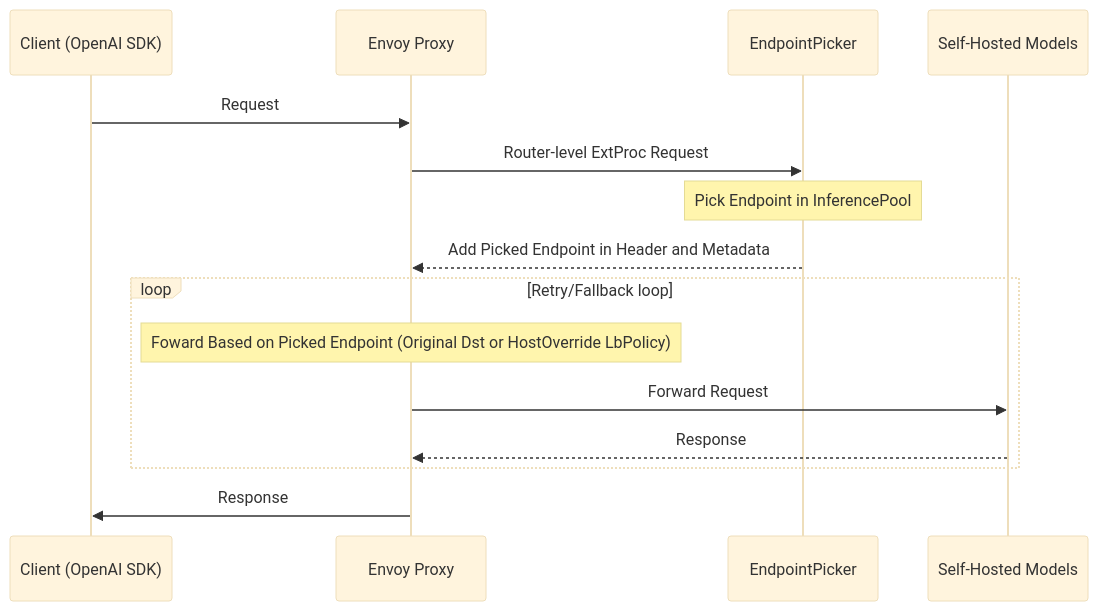
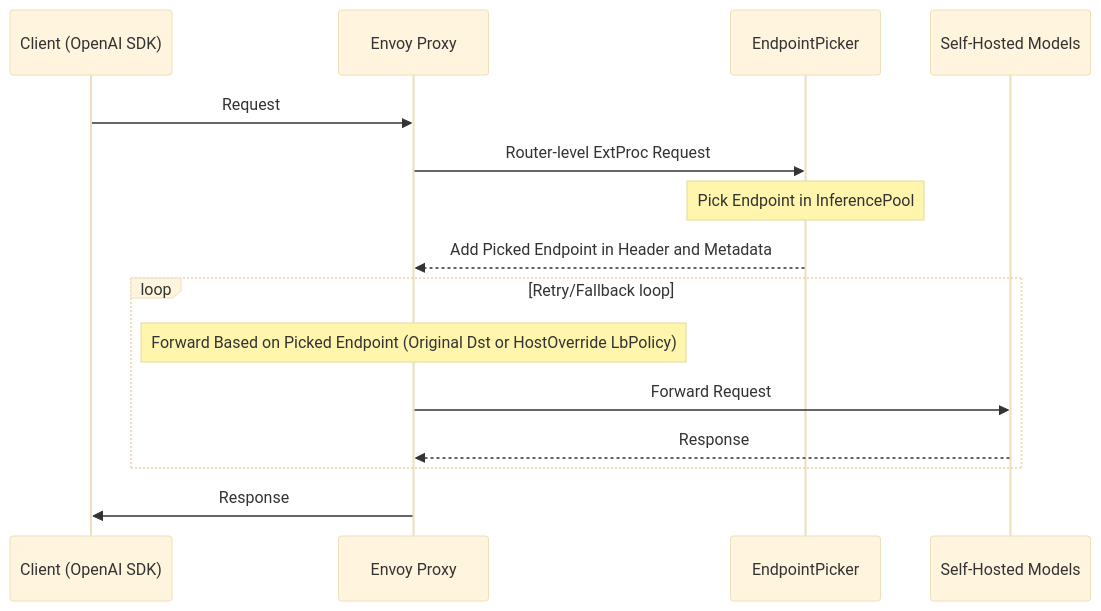
One commit to envoyproxy/ai-gateway changed the fourth of 4 diagrams in docs/proposals/003-epp-integration-proposal/proposal.md. Above: the diagram before and after it, drawn with Mermaid (base theme). The commit also changed other lines of this file, not shown here.

````diff
--- a/docs/proposals/003-epp-integration-proposal/proposal.md
+++ b/docs/proposals/003-epp-integration-proposal/proposal.md
@@ -736,20 +736,20 @@
 ```mermaid
 sequenceDiagram
     participant Client as Client (OpenAI SDK)
     participant Envoy as Envoy Proxy
 		participant EPP as EndpointPicker
     participant SelfHosted as Self-Hosted Models
 
     Client->>Envoy: Request
     Envoy->>EPP: Router-level ExtProc Request
     Note over EPP: Pick Endpoint in InferencePool
     EPP-->>Envoy: Add Picked Endpoint in Header and Metadata;
 
     loop Retry/Fallback loop
-    Note over Envoy: Foward Based on Picked Endpoint (Original Dst or HostOverride LbPolicy)
+    Note over Envoy: Forward Based on Picked Endpoint (Original Dst or HostOverride LbPolicy)
     Envoy->>SelfHosted: Forward Request
     SelfHosted-->>Envoy: Response
     end
 
     Envoy->>Client: Response
 ```
````
